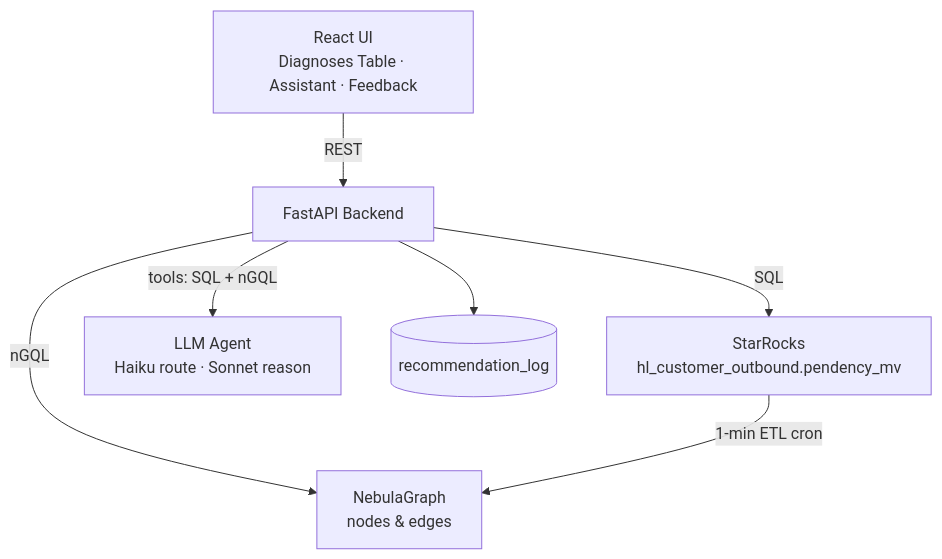
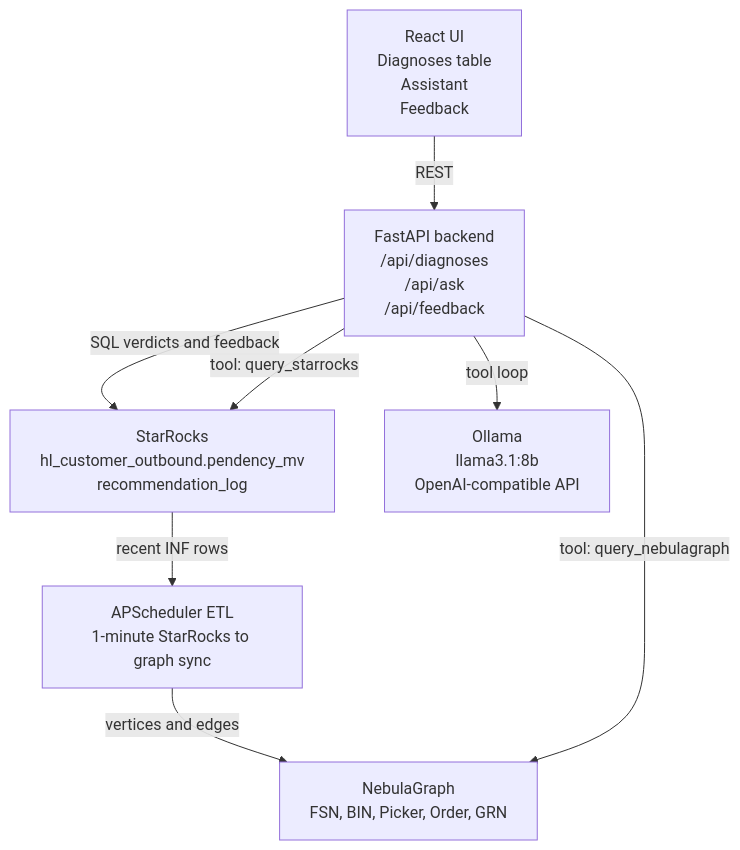
Before and after one commit to laabhanvijain/BIN_FSN-stockout-diagnosis-final-ui: the diagram in design/design-doc.md, drawn with Mermaid. The commit also changed other lines of this file, not shown here.

````diff
--- a/design/design-doc.md
+++ b/design/design-doc.md
@@ -112,9 +65,17 @@
 ```mermaid
 flowchart TD
-  UI["React UI<br/>Diagnoses Table · Assistant · Feedback"] -->|REST| API["FastAPI Backend"]
-  API -->|SQL| SR["StarRocks<br/>hl_customer_outbound.pendency_mv"]
-  API -->|nGQL| NG["NebulaGraph<br/>nodes & edges"]
-  SR -->|1-min ETL cron| NG
-  API -->|tools: SQL + nGQL| LLM["LLM Agent<br/>Haiku route · Sonnet reason"]
-  API --> RL[("recommendation_log")]
+  UI["React UI<br/>Diagnoses table<br/>Assistant<br/>Feedback"]
+  API["FastAPI backend<br/>/api/diagnoses<br/>/api/ask<br/>/api/feedback"]
+  SR["StarRocks<br/>hl_customer_outbound.pendency_mv<br/>recommendation_log"]
+  ETL["APScheduler ETL<br/>1-minute StarRocks to graph sync"]
+  NG["NebulaGraph<br/>FSN, BIN, Picker, Order, GRN"]
+  LLM["Ollama<br/>llama3.1:8b<br/>OpenAI-compatible API"]
+
+  UI -->|REST| API
+  API -->|SQL verdicts and feedback| SR
+  SR -->|recent INF rows| ETL
+  ETL -->|vertices and edges| NG
+  API -->|tool: query_starrocks| SR
+  API -->|tool: query_nebulagraph| NG
+  API -->|tool loop| LLM
 ```
````
